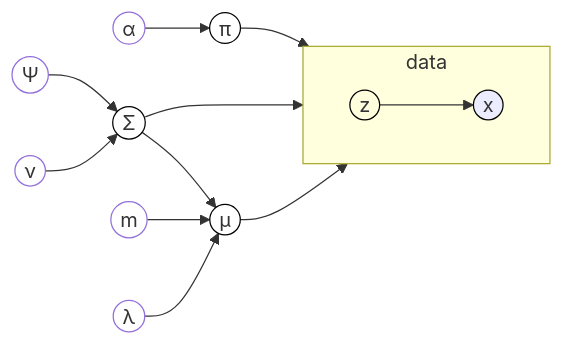
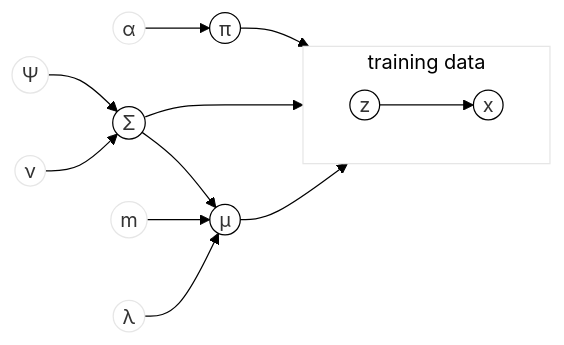
The second of 3 diagrams in posts/mixture-models/index.qmd (cnguyen10/cnguyen10.github.io), drawn with Mermaid before and after one commit. The commit also changed other lines of this file and 2 other files, not shown here.

Commit message:
Revise Mermaid diagram in EM post Update the multinomial mixture model Remove pseudocode from Quarto

````diff
--- a/posts/mixture-models/index.qmd
+++ b/posts/mixture-models/index.qmd
@@ -220,19 +238,29 @@
 ```{mermaid}
+%%{
+    init: {
+        'theme': 'base',
+        'themeVariables': {
+            'primaryColor': '#ffffff'
+        }
+    }
+}%%
 flowchart LR
-    subgraph data
+    subgraph data["training data"]
         direction LR
         z((z)):::rv --> x((x)):::rv
     end
     alpha((α)):::notfilled --> pi((π)):::params --> z
     sigma((Σ)):::params --> mu
     psi((Ψ)):::notfilled --> sigma
     nu((ν)):::notfilled --> sigma
     sigma --> x
     mu0((m)):::notfilled --> mu((μ)):::params --> x
     lambda((λ)):::notfilled --> mu
 
     style z fill: none
     classDef params stroke: #000, fill: none
     classDef rv stroke: #000
     classDef notfilled fill: none
+    linkStyle default stroke: #000
+    style data fill: none
 ```
````
